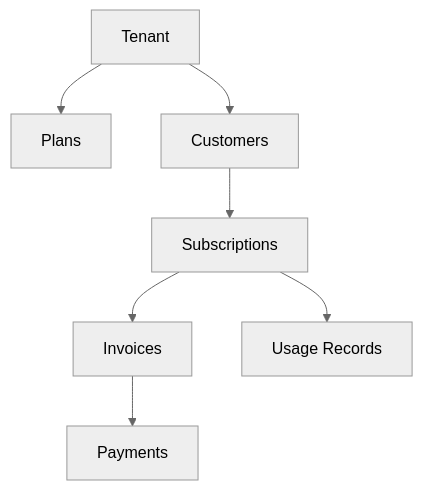
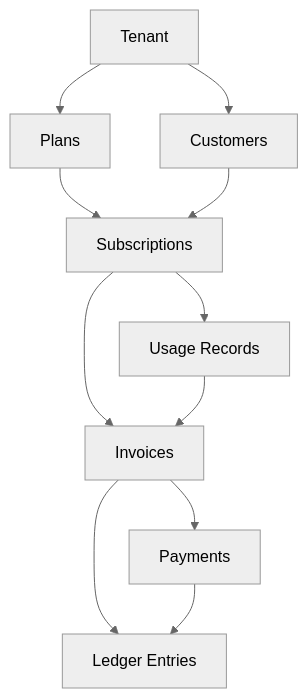
The first of 3 diagrams in concepts.mdx (swapnull-in/docs), drawn with Mermaid (neutral theme) before and after one commit. The commit also changed other lines of this file and 2 other files, not shown here.

First line of the commit message:
docs: add architecture, object-relationship, and lifecycle diagrams to core pages

````diff
--- a/concepts.mdx
+++ b/concepts.mdx
@@ -10,9 +13,13 @@
 ```mermaid
 graph TD
     A[Tenant] --> B[Plans]
     A --> C[Customers]
-    C --> D[Subscriptions]
+    B --> D[Subscriptions]
+    C --> D
     D --> E[Invoices]
     E --> F[Payments]
     D --> G[Usage Records]
+    G --> E
+    E --> H[Ledger Entries]
+    F --> H
 ```
````
